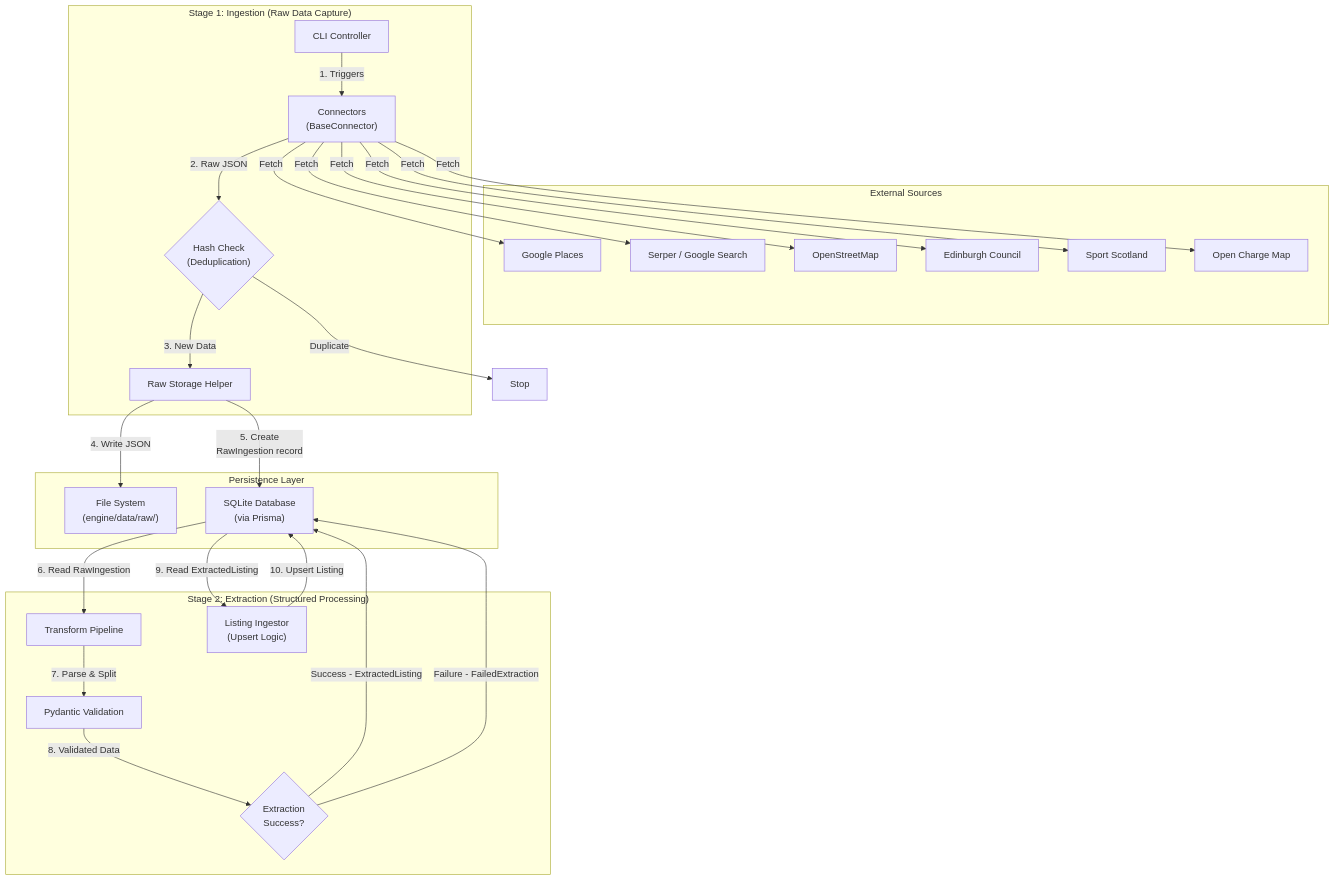
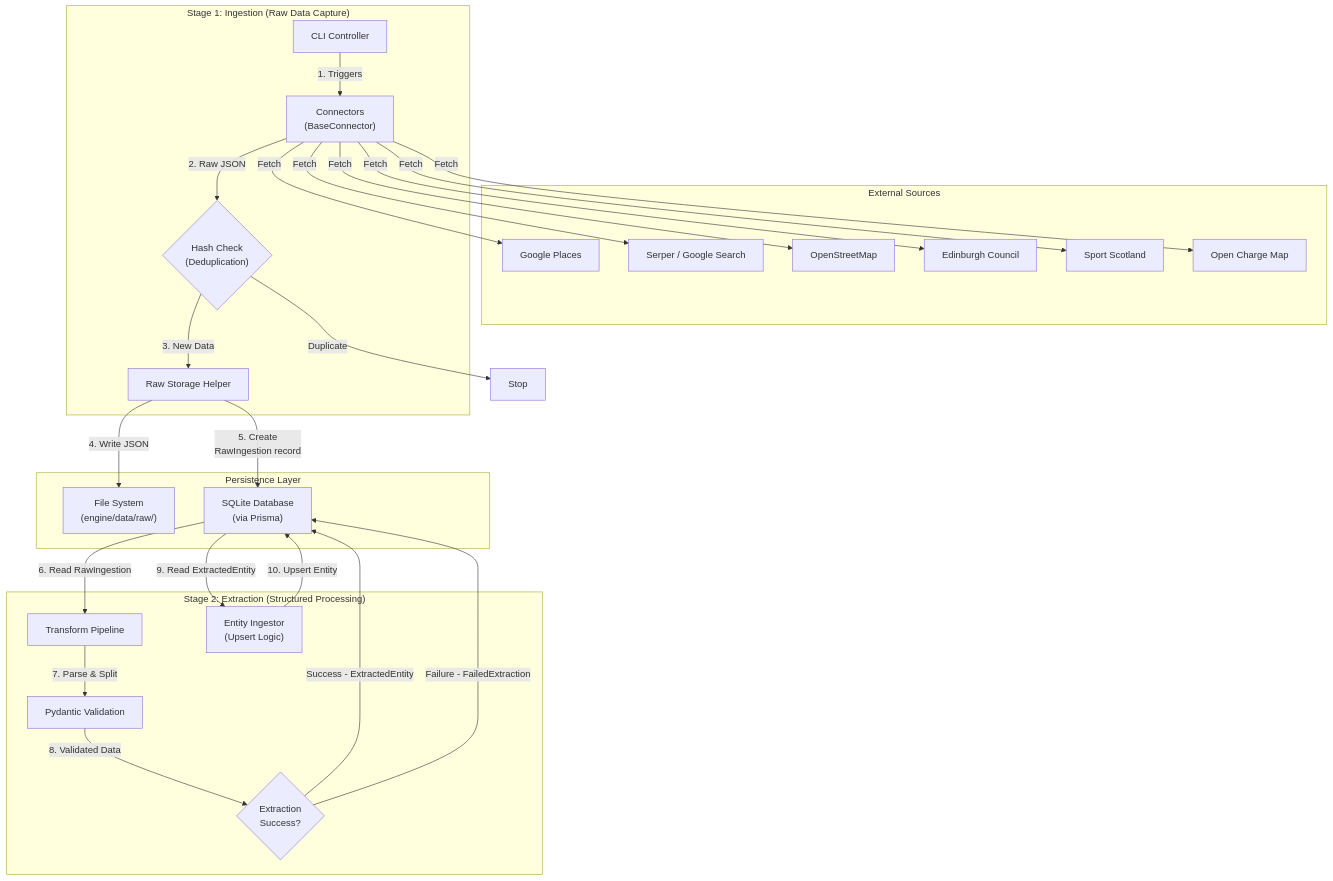
Before and after one commit to LarjGit/edinburgh-finds: the third of 4 diagrams in ARCHITECTURE.md, drawn with Mermaid. The commit also changed other lines of this file and 1 other file, not shown here.

````diff
--- a/ARCHITECTURE.md
+++ b/ARCHITECTURE.md
@@ -661,56 +664,56 @@
 ```mermaid
 graph TD
     subgraph ExternalSources["External Sources"]
         Google["Google Places"]
         Serper["Serper / Google Search"]
         OSM["OpenStreetMap"]
         Council["Edinburgh Council"]
         SportScot["Sport Scotland"]
         OCM["Open Charge Map"]
     end
 
     subgraph Stage1["Stage 1: Ingestion (Raw Data Capture)"]
         CLI["CLI Controller"]
         Connectors["Connectors<br/>(BaseConnector)"]
         HashCheck{"Hash Check<br/>(Deduplication)"}
         RawStore["Raw Storage Helper"]
     end
 
     subgraph Stage2["Stage 2: Extraction (Structured Processing)"]
         Transform["Transform Pipeline"]
         Validate["Pydantic Validation"]
         ExtractTrack{"Extraction<br/>Success?"}
-        Ingestor["Listing Ingestor<br/>(Upsert Logic)"]
+        Ingestor["Entity Ingestor<br/>(Upsert Logic)"]
     end
 
     subgraph PersistenceLayer["Persistence Layer"]
         FileSystem["File System<br/>(engine/data/raw/)"]
         Database["SQLite Database<br/>(via Prisma)"]
     end
 
     CLI -->|"1. Triggers"| Connectors
 
     Connectors -->|"Fetch"| Google
     Connectors -->|"Fetch"| Serper
     Connectors -->|"Fetch"| OSM
     Connectors -->|"Fetch"| Council
     Connectors -->|"Fetch"| SportScot
     Connectors -->|"Fetch"| OCM
 
     Connectors -->|"2. Raw JSON"| HashCheck
     HashCheck -->|"Duplicate"| Stop["Stop"]
     HashCheck -->|"3. New Data"| RawStore
 
     RawStore -->|"4. Write JSON"| FileSystem
     RawStore -->|"5. Create<br/>RawIngestion record"| Database
 
     Database -->|"6. Read RawIngestion"| Transform
     Transform -->|"7. Parse & Split"| Validate
     Validate -->|"8. Validated Data"| ExtractTrack
 
-    ExtractTrack -->|"Success - ExtractedListing"| Database
+    ExtractTrack -->|"Success - ExtractedEntity"| Database
     ExtractTrack -->|"Failure - FailedExtraction"| Database
 
-    Database -->|"9. Read ExtractedListing"| Ingestor
-    Ingestor -->|"10. Upsert Listing"| Database
+    Database -->|"9. Read ExtractedEntity"| Ingestor
+    Ingestor -->|"10. Upsert Entity"| Database
 ```
````
